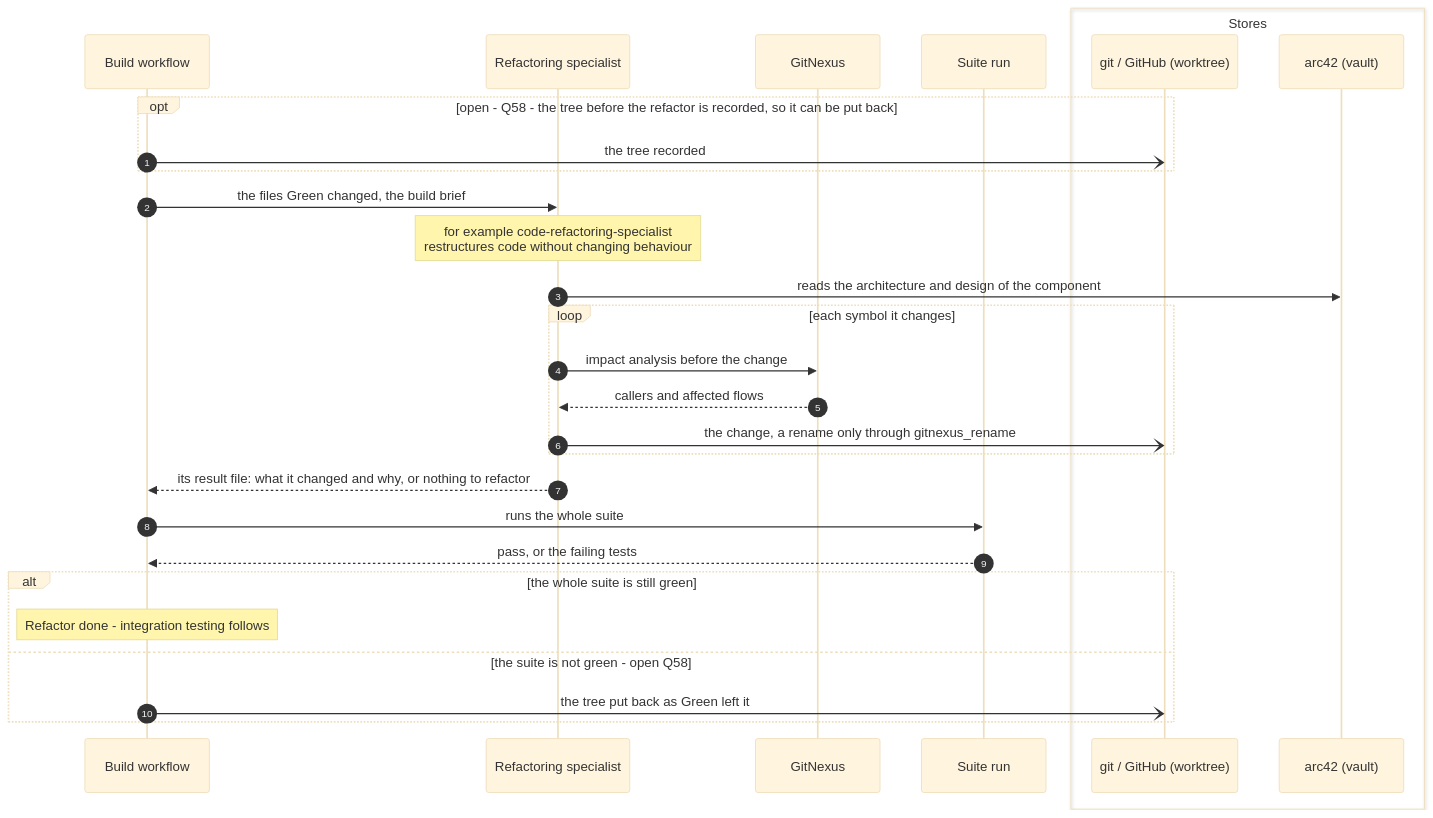
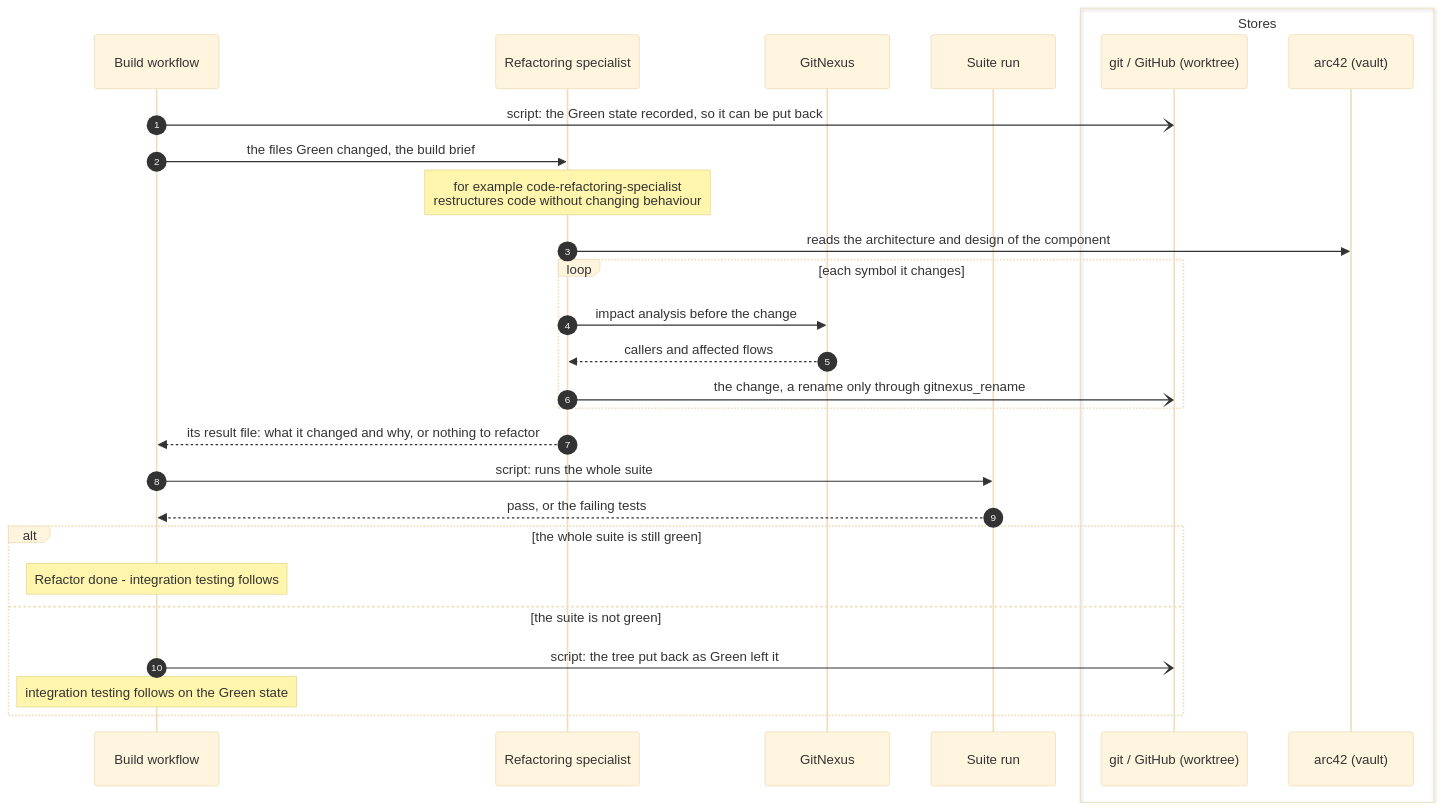
One commit to mark-satterfield/toolset changed the fifth of 8 diagrams in plugins/agent-teams-workforce/blueprint/design/pipelines-build.md. Above: the diagram before and after it, drawn with Mermaid (base theme). The commit also changed other lines of this file, not shown here.

````diff
--- a/plugins/agent-teams-workforce/blueprint/design/pipelines-build.md
+++ b/plugins/agent-teams-workforce/blueprint/design/pipelines-build.md
@@ -377,32 +407,31 @@
 ```mermaid
 sequenceDiagram
     autonumber
     participant WF as Build workflow
     participant RF as Refactoring specialist
     participant GN as GitNexus
     participant SR as Suite run
     box Stores
         participant G as git / GitHub (worktree)
         participant A42 as arc42 (vault)
     end
 
-    opt open - Q58 - the tree before the refactor is recorded, so it can be put back
-        WF-)G: the tree recorded
-    end
+    WF-)G: script: the Green state recorded, so it can be put back
     WF->>RF: the files Green changed, the build brief
     Note over RF: for example code-refactoring-specialist<br/>restructures code without changing behaviour
     RF->>A42: reads the architecture and design of the component
     loop each symbol it changes
         RF->>GN: impact analysis before the change
         GN-->>RF: callers and affected flows
         RF-)G: the change, a rename only through gitnexus_rename
     end
     RF-->>WF: its result file: what it changed and why, or nothing to refactor
-    WF->>SR: runs the whole suite
+    WF->>SR: script: runs the whole suite
     SR-->>WF: pass, or the failing tests
     alt the whole suite is still green
         Note over WF: Refactor done - integration testing follows
-    else the suite is not green - open Q58
-        WF-)G: the tree put back as Green left it
+    else the suite is not green
+        WF-)G: script: the tree put back as Green left it
+        Note over WF: integration testing follows on the Green state
     end
 ```
````
